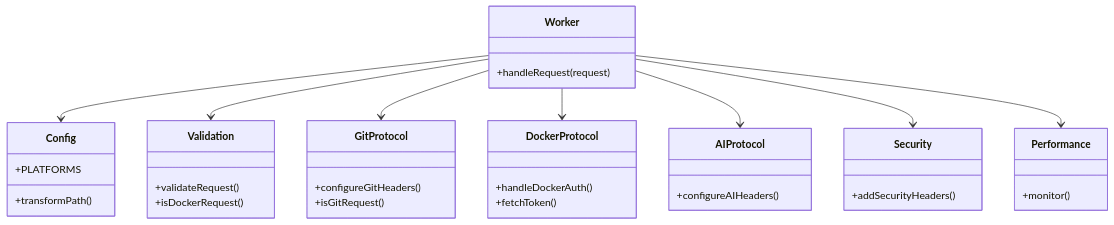
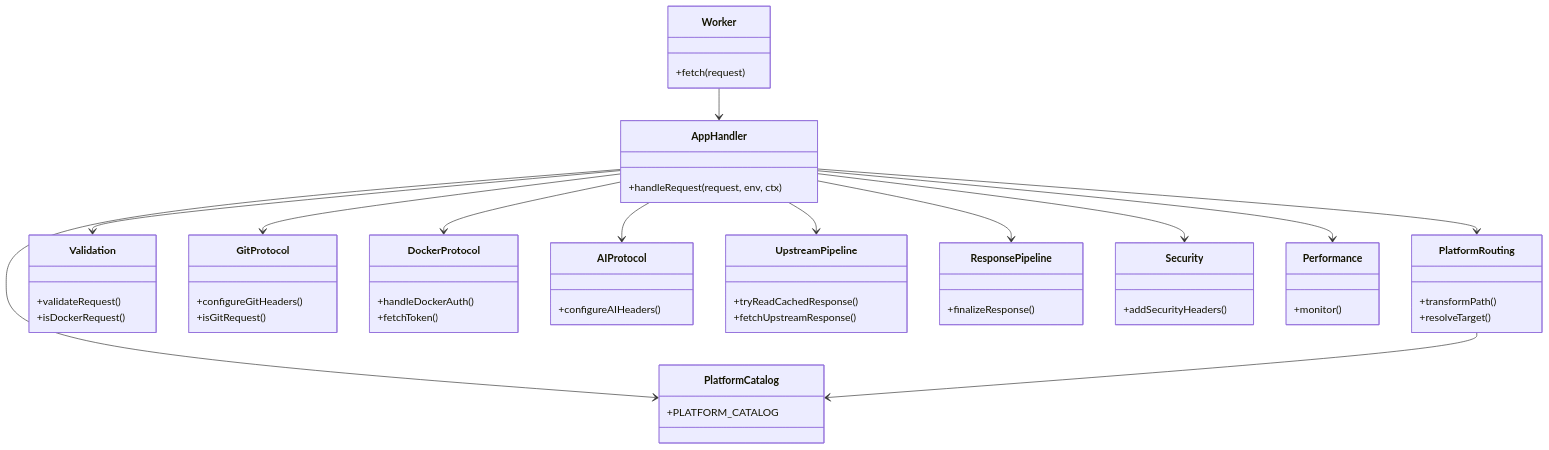
The second of 2 diagrams in README.md (huangjin7511/xget), drawn with Mermaid before and after one commit. The commit also changed other lines of this file and 35 other files, not shown here.

Commit message:
refactor(core): modularize request pipeline

````diff
--- a/README.md
+++ b/README.md
@@ -223,39 +223,57 @@
 ```mermaid
 classDiagram
     class Worker {
-        +handleRequest(request)
+        +fetch(request)
     }
-    class Config {
-        +PLATFORMS
+    class AppHandler {
+        +handleRequest(request, env, ctx)
+    }
+    class PlatformCatalog {
+        +PLATFORM_CATALOG
+    }
+    class PlatformRouting {
         +transformPath()
+        +resolveTarget()
     }
     class Validation {
         +validateRequest()
         +isDockerRequest()
     }
     class GitProtocol {
         +configureGitHeaders()
         +isGitRequest()
     }
     class DockerProtocol {
         +handleDockerAuth()
         +fetchToken()
     }
     class AIProtocol {
         +configureAIHeaders()
     }
+    class UpstreamPipeline {
+        +tryReadCachedResponse()
+        +fetchUpstreamResponse()
+    }
+    class ResponsePipeline {
+        +finalizeResponse()
+    }
     class Security {
         +addSecurityHeaders()
     }
     class Performance {
         +monitor()
     }
 
-    Worker --> Config
-    Worker --> Validation
-    Worker --> GitProtocol
-    Worker --> DockerProtocol
-    Worker --> AIProtocol
-    Worker --> Security
-    Worker --> Performance
+    Worker --> AppHandler
+    AppHandler --> PlatformCatalog
+    AppHandler --> PlatformRouting
+    AppHandler --> Validation
+    AppHandler --> GitProtocol
+    AppHandler --> DockerProtocol
+    AppHandler --> AIProtocol
+    AppHandler --> UpstreamPipeline
+    AppHandler --> ResponsePipeline
+    AppHandler --> Security
+    AppHandler --> Performance
+    PlatformRouting --> PlatformCatalog
 ```
````
